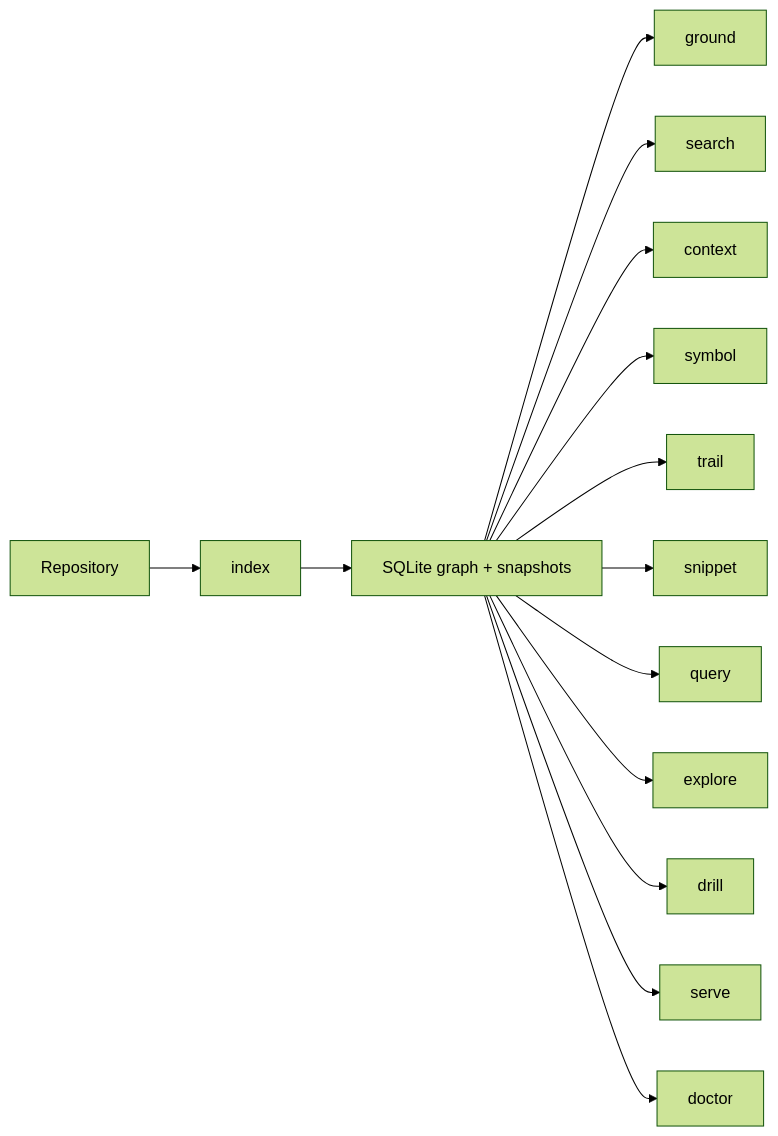
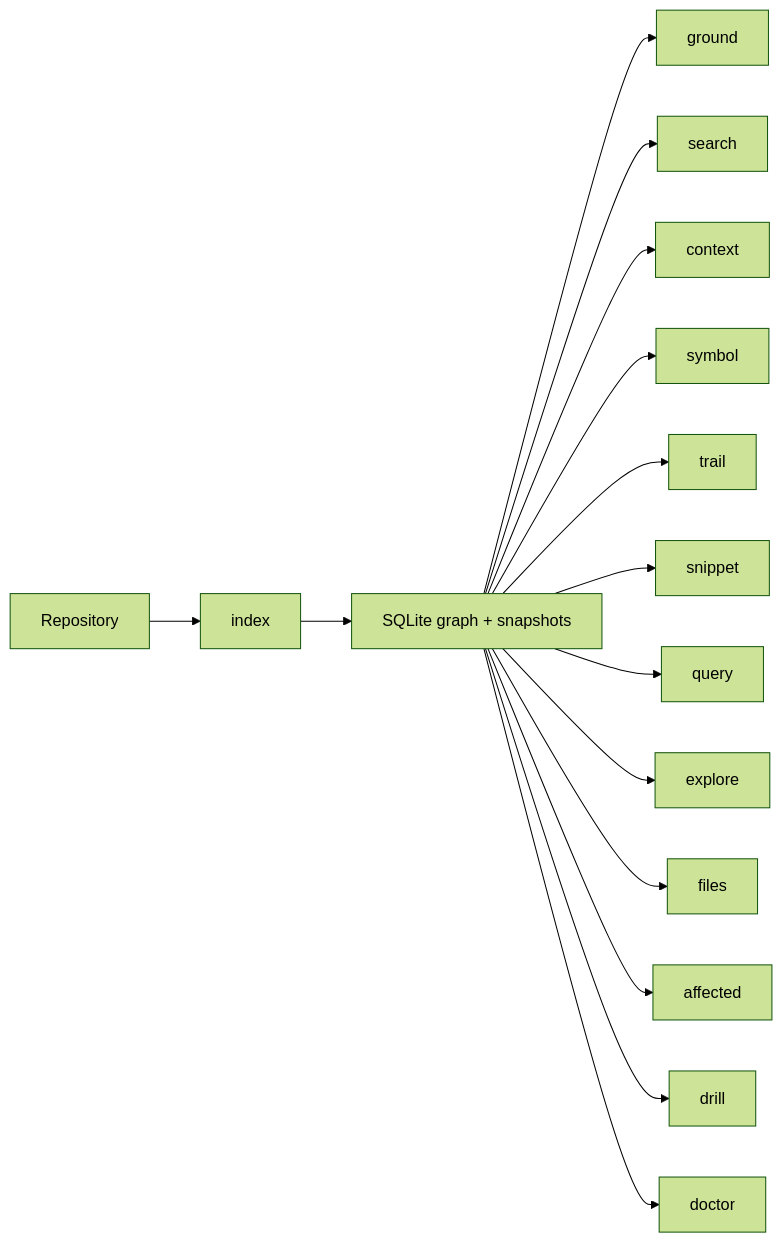
The second of 2 diagrams in README.md (TheGreenCedar/CodeStory), drawn with Mermaid (forest theme) before and after one commit. The commit also changed other lines of this file and 29 other files, not shown here.

````diff
--- a/README.md
+++ b/README.md
@@ -113,16 +114,17 @@
 ```mermaid
 flowchart LR
     Project["Repository"] --> Index["index"]
     Index["index"] --> LocalState["SQLite graph + snapshots"]
     LocalState --> Ground["ground"]
     LocalState --> Search["search"]
     LocalState --> Context["context"]
     LocalState --> Symbol["symbol"]
     LocalState --> Trail["trail"]
     LocalState --> Snippet["snippet"]
     LocalState --> Query["query"]
     LocalState --> Explore["explore"]
+    LocalState --> Files["files"]
+    LocalState --> Affected["affected"]
     LocalState --> Drill["drill"]
-    LocalState --> Serve["serve"]
     LocalState --> Doctor["doctor"]
 ```
````
